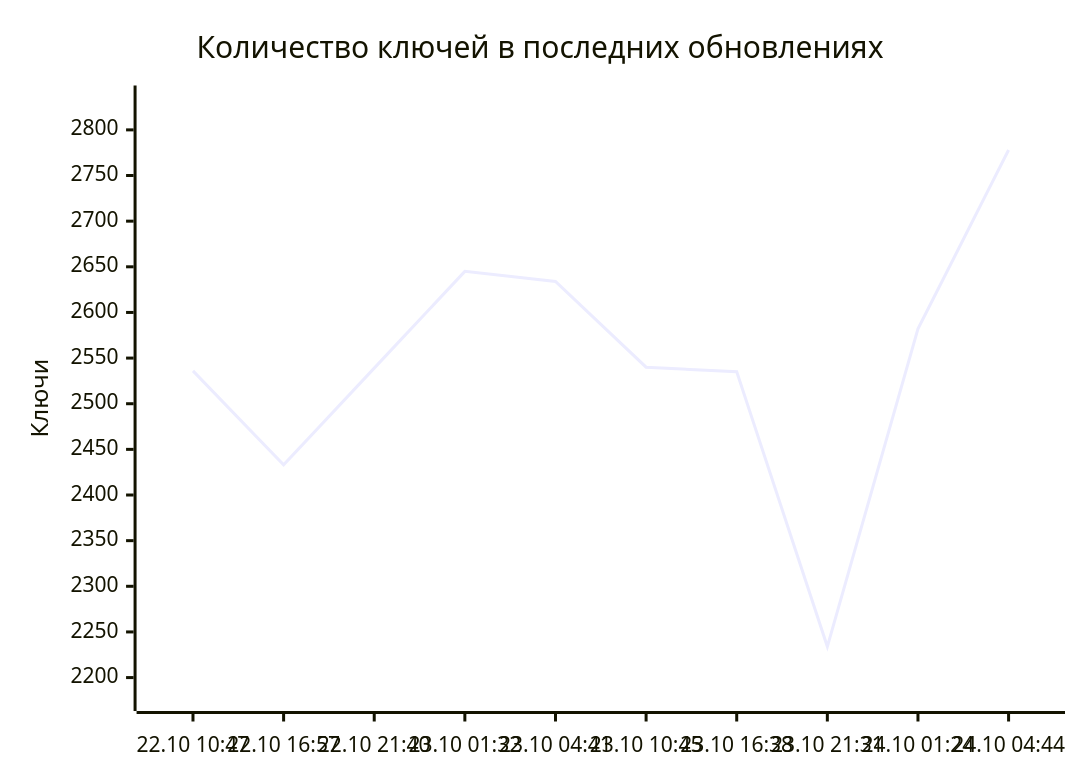
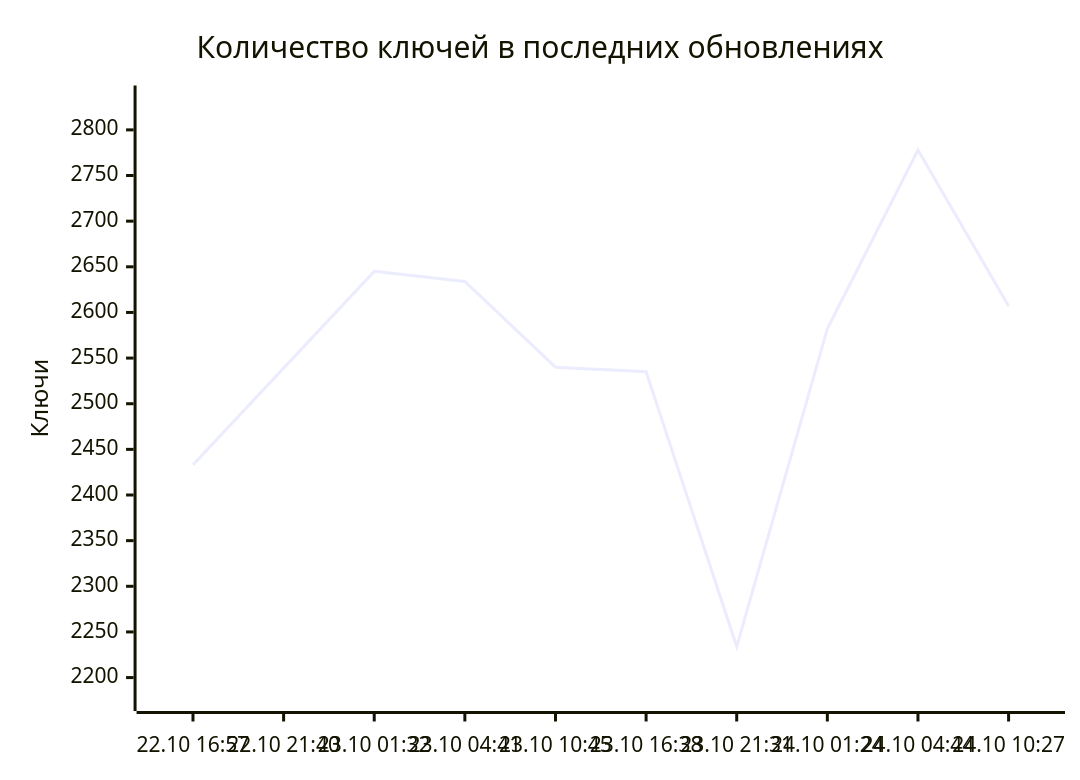
Before and after one commit to markKikhtenko/WireVeil: the diagram in README.md, drawn with Mermaid. The commit also changed other lines of this file and 12 other files, not shown here.

````diff
--- a/README.md
+++ b/README.md
@@ -55,7 +55,7 @@
 ```mermaid
 xychart-beta
     title "Количество ключей в последних обновлениях"
-    x-axis ["22.10 10:47", "22.10 16:57", "22.10 21:40", "23.10 01:32", "23.10 04:41", "23.10 10:45", "23.10 16:38", "23.10 21:31", "24.10 01:24", "24.10 04:44"]
+    x-axis ["22.10 16:57", "22.10 21:40", "23.10 01:32", "23.10 04:41", "23.10 10:45", "23.10 16:38", "23.10 21:31", "24.10 01:24", "24.10 04:44", "24.10 10:27"]
     y-axis "Ключи" 2179 --> 2833
-    line [2536, 2433, 2539, 2645, 2634, 2540, 2535, 2234, 2582, 2778]
+    line [2433, 2539, 2645, 2634, 2540, 2535, 2234, 2582, 2778, 2607]
 ```
````
